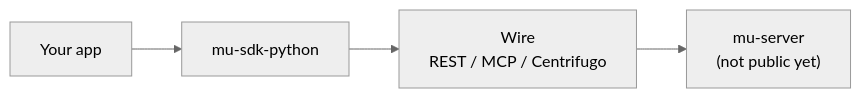
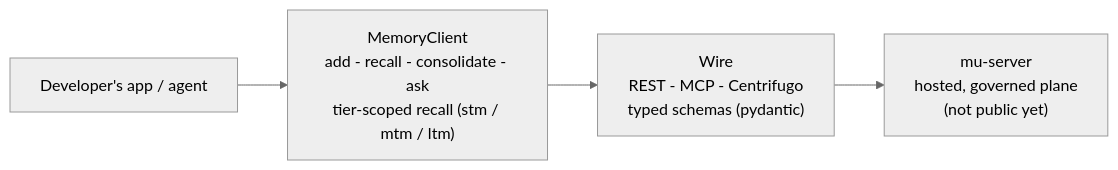
The diagram in README.md (MemoryUniverse/mu-sdk-python), drawn with Mermaid (neutral theme) before and after one commit.

Commit message:
docs: accurate, multi-scale architecture + vision diagrams

````diff
--- a/README.md
+++ b/README.md
@@ -83,6 +83,6 @@
 ```mermaid
 flowchart LR
-    App["Your app"] --> SDK["mu-sdk-python"]
-    SDK --> Wire["Wire<br/>REST / MCP / Centrifugo"]
-    Wire --> Srv["mu-server<br/>(not public yet)"]
+    App["Developer's app / agent"] --> SDK["MemoryClient<br/>add - recall - consolidate - ask<br/>tier-scoped recall (stm / mtm / ltm)"]
+    SDK --> Wire["Wire<br/>REST - MCP - Centrifugo<br/>typed schemas (pydantic)"]
+    Wire --> Srv["mu-server<br/>hosted, governed plane<br/>(not public yet)"]
 ```
````
